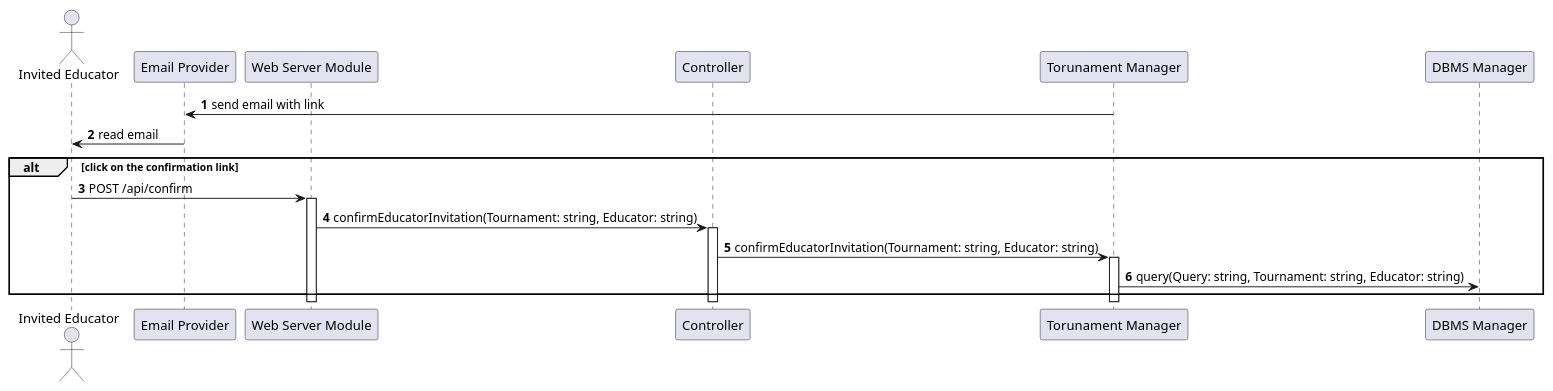
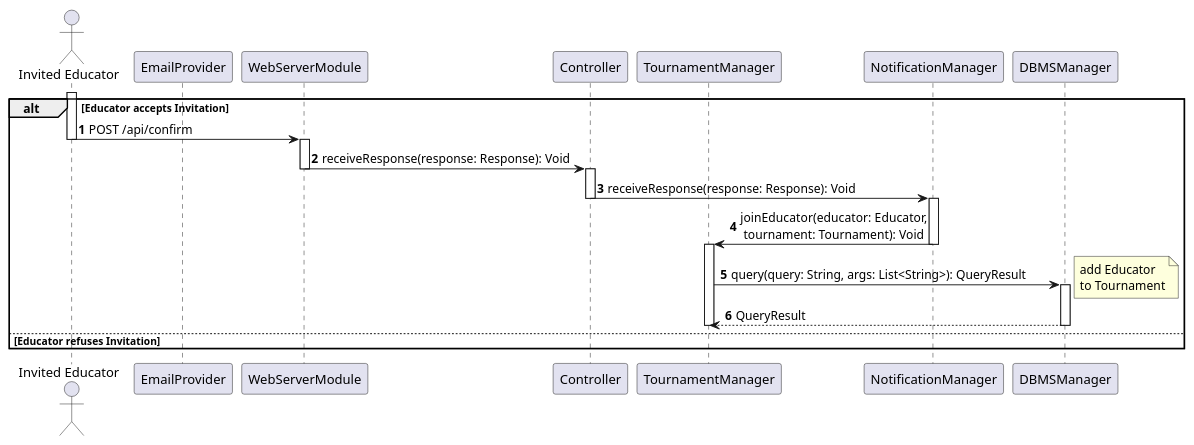
The diagram in _DD/Images/sequenceDiagrams/receiveEducatorInvitation.wsd (Angelo7672/SE2_Requirement-and-Design-Document), drawn with PlantUML before and after one commit. The commit also changed 4 other files, not shown here.

Commit message:
sequence 2.4 2.5. 2.6 2.7 fix

```diff
--- a/_DD/Images/sequenceDiagrams/receiveEducatorInvitation.wsd
+++ b/_DD/Images/sequenceDiagrams/receiveEducatorInvitation.wsd
@@ -1,24 +1,39 @@
 @startuml
 
-' NEW
 autonumber
-actor "Invited Educator" as E
-participant "Email Provider" as EM
-participant "Web Server Module" as WS
+
+actor "Invited Educator" as U2
+participant EmailProvider as EP
+participant WebServerModule as WS
 participant Controller as C
-participant "Torunament Manager" as TM 
-participant "DBMS Manager" as DB
+participant TournamentManager as TM
+participant NotificationManager as NM
+participant DBMSManager as DBMS
 
-TM -> EM: send email with link
-EM -> E: read email
-alt click on the confirmation link
-    E -> WS: POST /api/confirm
+activate U2
+alt Educator accepts Invitation
+    U2 -> WS: POST /api/confirm
+    deactivate U2
     activate WS
-    WS -> C: confirmEducatorInvitation(Tournament: string, Educator: string)
+    WS -> C: receiveResponse(response: Response): Void
+    deactivate WS
     activate C
-    C -> TM: confirmEducatorInvitation(Tournament: string, Educator: string)
+    C -> NM: receiveResponse(response: Response): Void
+    deactivate C
+    activate NM
+    NM -> TM: joinEducator(educator: Educator,\n tournament: Tournament): Void
+    deactivate NM
     activate TM
-    TM -> DB: query(Query: string, Tournament: string, Educator: string)
+    TM -> DBMS: query(query: String, args: List<String>): QueryResult
+    activate DBMS
+    note right
+        add Educator 
+        to Tournament
+    end note
+    DBMS --> TM: QueryResult
+    deactivate DBMS
+    deactivate TM
+else Educator refuses Invitation
 end
 
 @enduml
```
